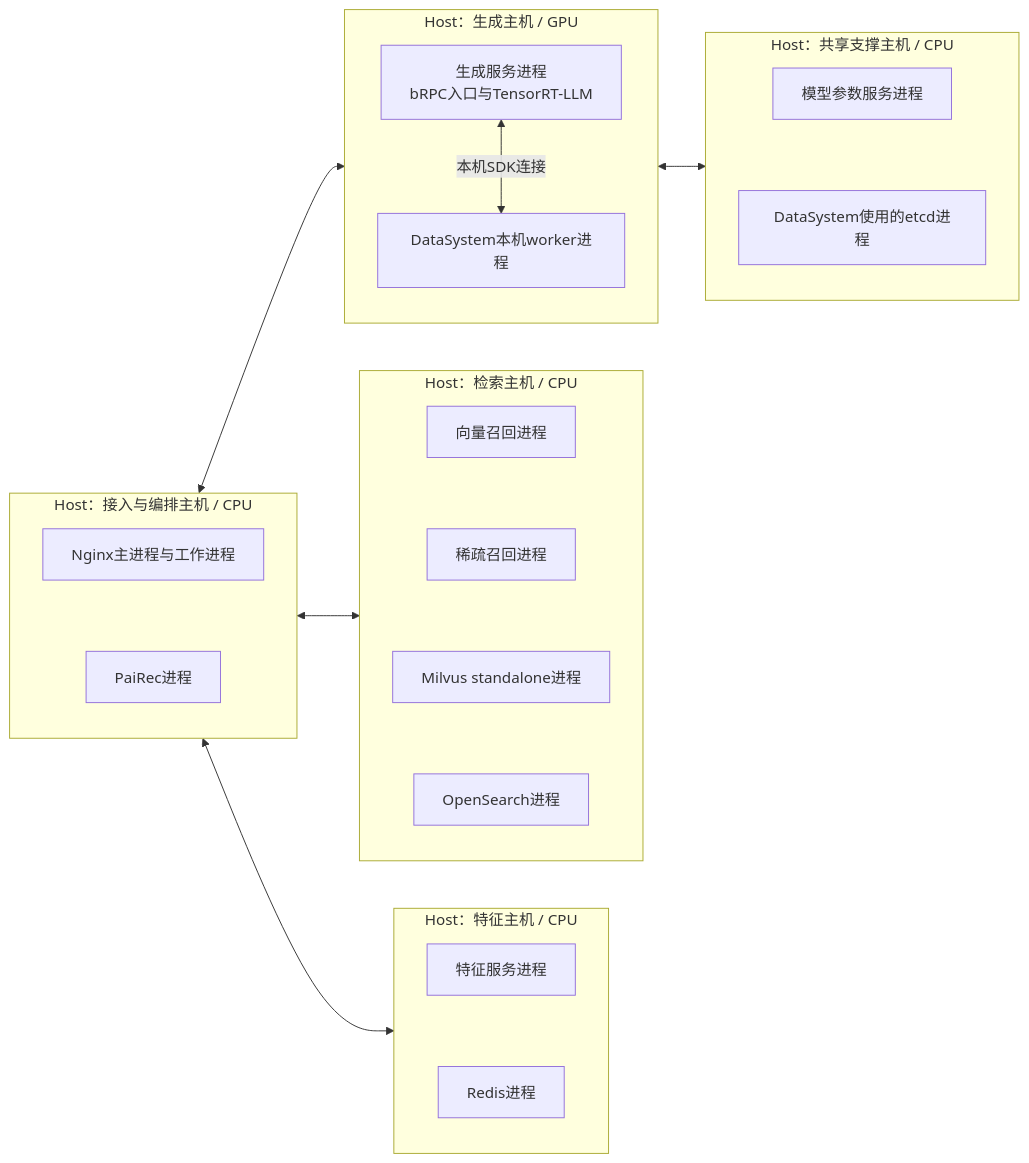
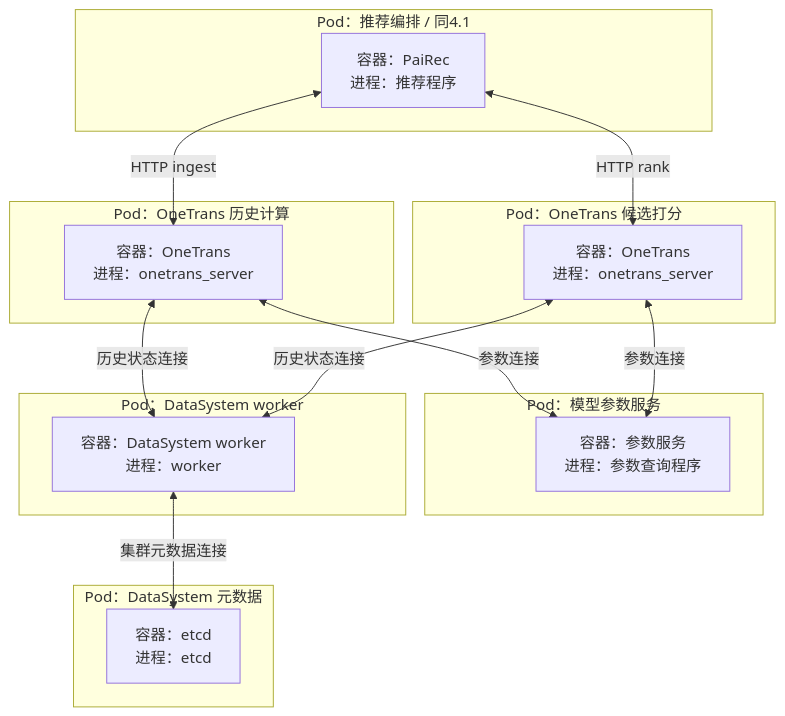
Before and after one commit to bitianyuan123/docs: the diagram in diagrams/01_system_06.mmd, drawn with Mermaid. The commit also changed 85 other files, not shown here.

Commit message:
docs: expand logical L1 and replace host guesses with pod boundaries

```diff
--- a/diagrams/01_system_06.mmd
+++ b/diagrams/01_system_06.mmd
@@ -1,37 +1,26 @@
-flowchart LR
-    subgraph AppHost[Host：接入与编排主机 / CPU]
-        direction TB
-        N[Nginx主进程与工作进程]
-        P[PaiRec进程]
-        N ~~~ P
+flowchart TB
+    subgraph OrchestratorPod[Pod：推荐编排 / 同4.1]
+        P[容器：PaiRec<br/>进程：推荐程序]
     end
-    subgraph FeatureHost[Host：特征主机 / CPU]
-        direction TB
-        F[特征服务进程]
-        R[Redis进程]
-        F ~~~ R
+    subgraph HistoryPod[Pod：OneTrans 历史计算]
+        H[容器：OneTrans<br/>进程：onetrans_server]
     end
-    subgraph SearchHost[Host：检索主机 / CPU]
-        direction TB
-        V[向量召回进程]
-        S[稀疏召回进程]
-        M[Milvus standalone进程]
-        O[OpenSearch进程]
-        V ~~~ S ~~~ M ~~~ O
+    subgraph CandidatePod[Pod：OneTrans 候选打分]
+        D[容器：OneTrans<br/>进程：onetrans_server]
     end
-    subgraph GenHost[Host：生成主机 / GPU]
-        direction TB
-        G[生成服务进程<br/>bRPC入口与TensorRT-LLM]
-        GW[DataSystem本机worker进程]
-        G <-->|本机SDK连接| GW
+    subgraph ParameterPod[Pod：模型参数服务]
+        PS[容器：参数服务<br/>进程：参数查询程序]
     end
-    subgraph SharedHost[Host：共享支撑主机 / CPU]
-        direction TB
-        PS[模型参数服务进程]
-        E[DataSystem使用的etcd进程]
-        PS ~~~ E
+    subgraph WorkerPod[Pod：DataSystem worker]
+        W[容器：DataSystem worker<br/>进程：worker]
     end
-    AppHost <--> SearchHost
-    AppHost <--> GenHost
-    AppHost <--> FeatureHost
-    GenHost <--> SharedHost
+    subgraph MetadataPod[Pod：DataSystem 元数据]
+        E[容器：etcd<br/>进程：etcd]
+    end
+    P <-->|HTTP ingest| H
+    P <-->|HTTP rank| D
+    H <-->|参数连接| PS
+    D <-->|参数连接| PS
+    H <-->|历史状态连接| W
+    D <-->|历史状态连接| W
+    W <-->|集群元数据连接| E
```
